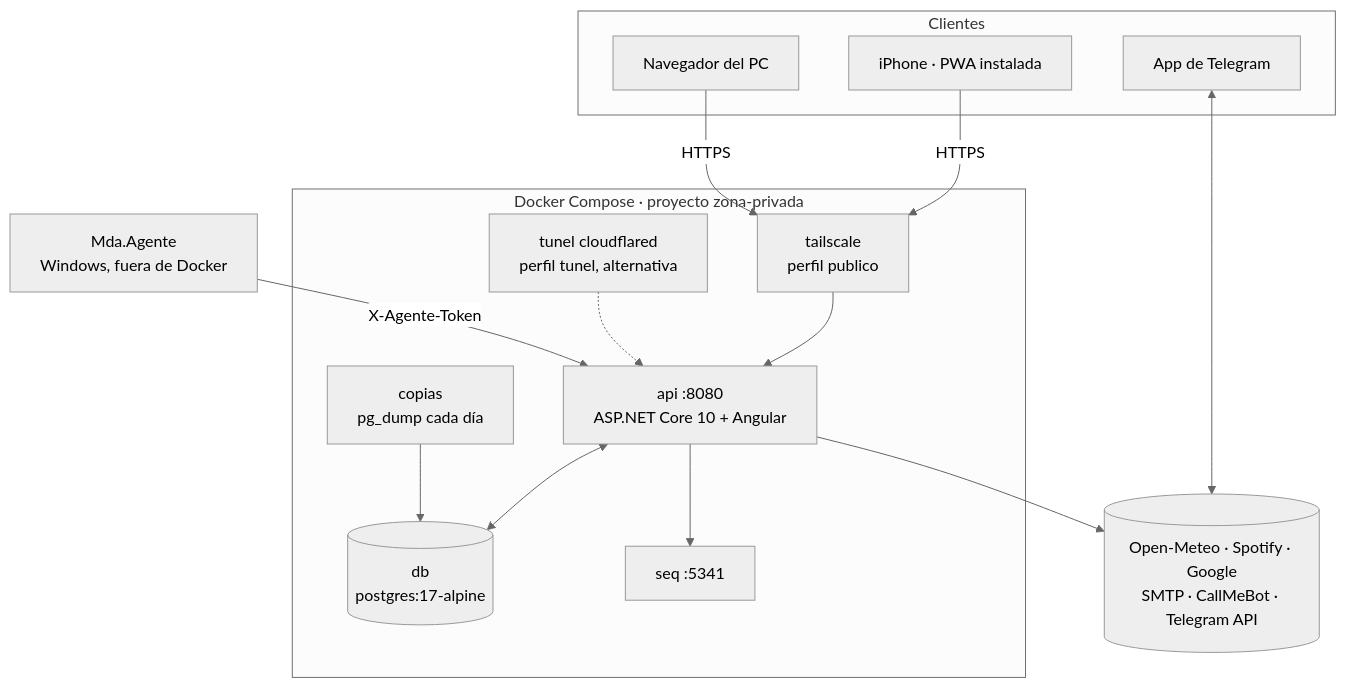
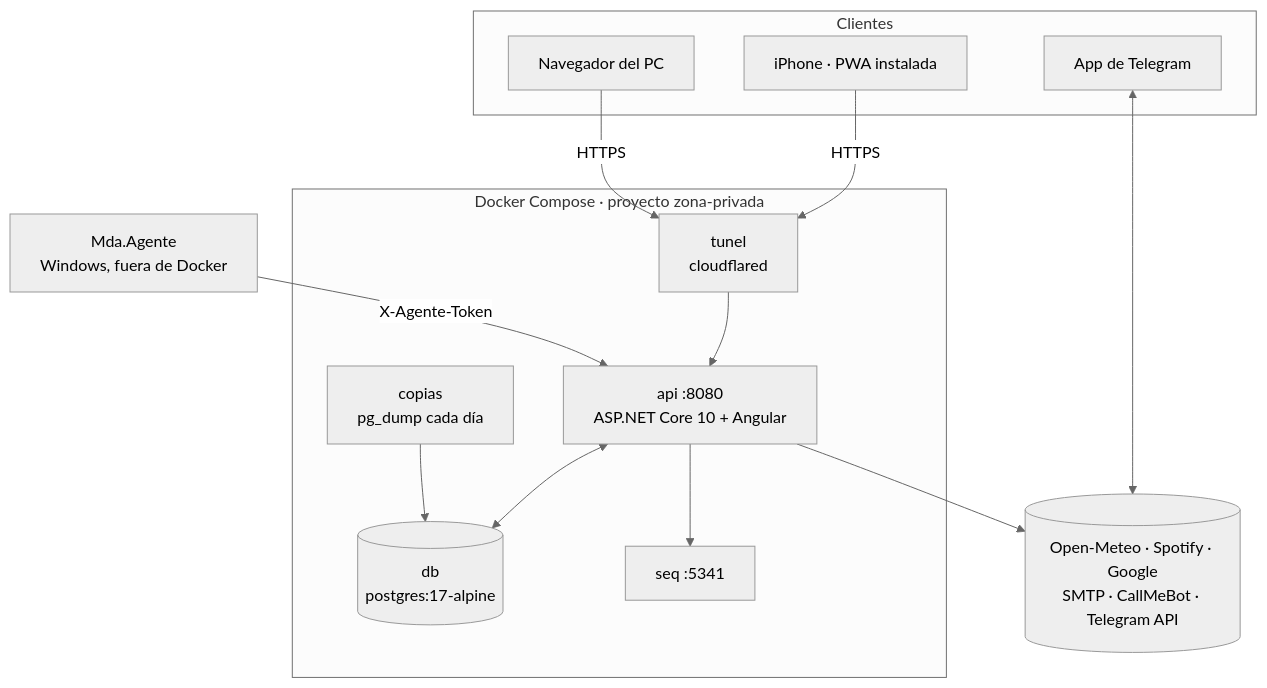
One commit to wolverine307mda/zona-privada changed the first of 3 diagrams in docs/01-arquitectura.md. Above: the diagram before and after it, drawn with Mermaid (neutral theme). The commit also changed other lines of this file and 10 other files, not shown here.

````diff
--- a/docs/01-arquitectura.md
+++ b/docs/01-arquitectura.md
@@ -9,27 +9,25 @@
 ```mermaid
 flowchart TB
   subgraph Clientes
     PWA[iPhone · PWA instalada]
     PC[Navegador del PC]
     TGU[App de Telegram]
   end
   subgraph Docker["Docker Compose · proyecto zona-privada"]
-    TS[tailscale<br/>perfil publico]
-    CF[tunel cloudflared<br/>perfil tunel, alternativa]
+    CF[tunel<br/>cloudflared]
     API[api :8080<br/>ASP.NET Core 10 + Angular]
     DB[(db<br/>postgres:17-alpine)]
     SEQ[seq :5341]
     COP[copias<br/>pg_dump cada día]
   end
   AG[Mda.Agente<br/>Windows, fuera de Docker]
   EXT[(Open-Meteo · Spotify · Google<br/>SMTP · CallMeBot · Telegram API)]
 
-  PWA & PC -->|HTTPS| TS --> API
-  CF -.-> API
+  PWA & PC -->|HTTPS| CF --> API
   API <--> DB
   API --> SEQ
   COP --> DB
   AG -->|X-Agente-Token| API
   API --> EXT
   TGU <--> EXT
 ```
````
